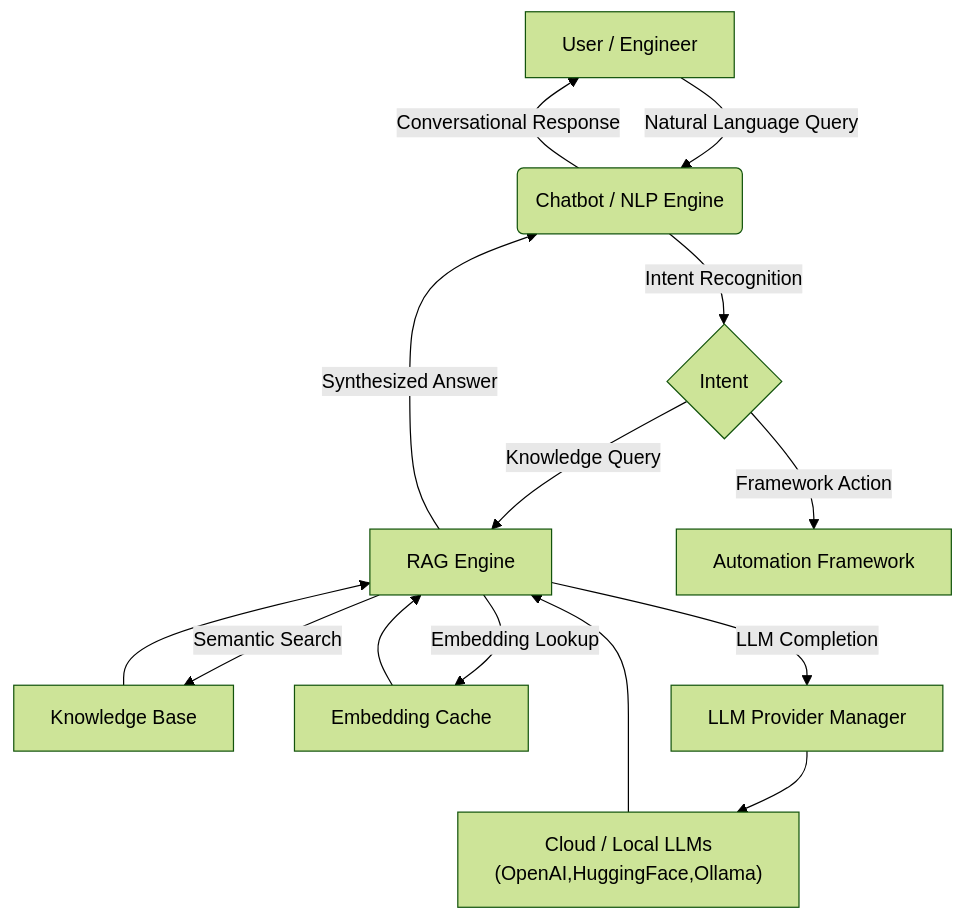
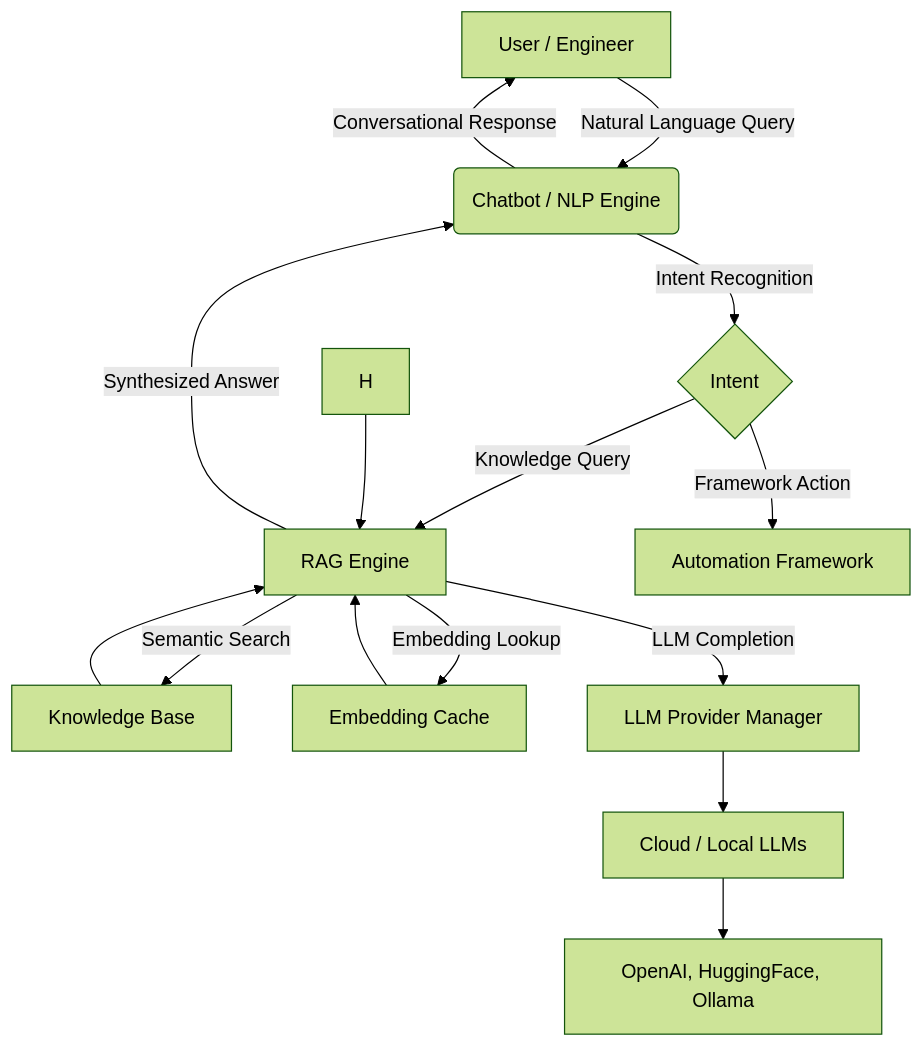
Before and after one commit to K11-Software-Solutions/k11TechLab-selenium-java-fullstack-framework: the diagram in Chatbot_NLP_Demo.md, drawn with Mermaid (forest theme).

Commit message:
Docs: Improve Mermaid diagram node clarity for LLM providers.

````diff
--- a/Chatbot_NLP_Demo.md
+++ b/Chatbot_NLP_Demo.md
@@ -102,28 +102,29 @@
 ```mermaid
 flowchart TD
     %% User Layer
     A[User / Engineer] -->|Natural Language Query| B(Chatbot / NLP Engine)
 
     %% NLP & Intent
     B -->|Intent Recognition| C{Intent}
 
     %% Intent Branches
     C -->|Knowledge Query| D[RAG Engine]
     C -->|Framework Action| M[Automation Framework]
 
     %% RAG Internal Flows
     D -->|Semantic Search| E[Knowledge Base]
     D -->|Embedding Lookup| F[Embedding Cache]
     D -->|LLM Completion| G[LLM Provider Manager]
 
     %% Providers
-    G --> H["Cloud / Local LLMs<br/>(OpenAI,HuggingFace,Ollama)"]
+      G --> H1["Cloud / Local LLMs"]
+      H1 --> H2["OpenAI, HuggingFace, Ollama"]
 
     %% Return path
     E --> D
     F --> D
     H --> D
 
     D -->|Synthesized Answer| B
     B -->|Conversational Response| A
 ```
````
